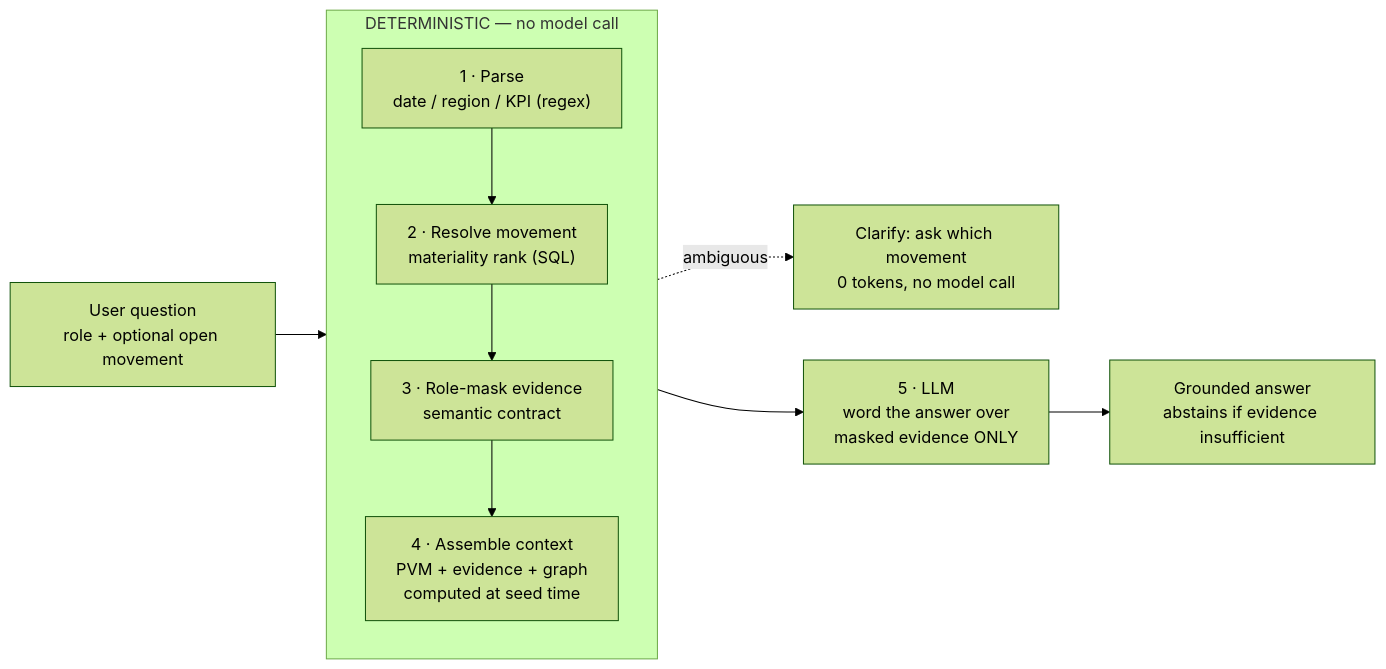
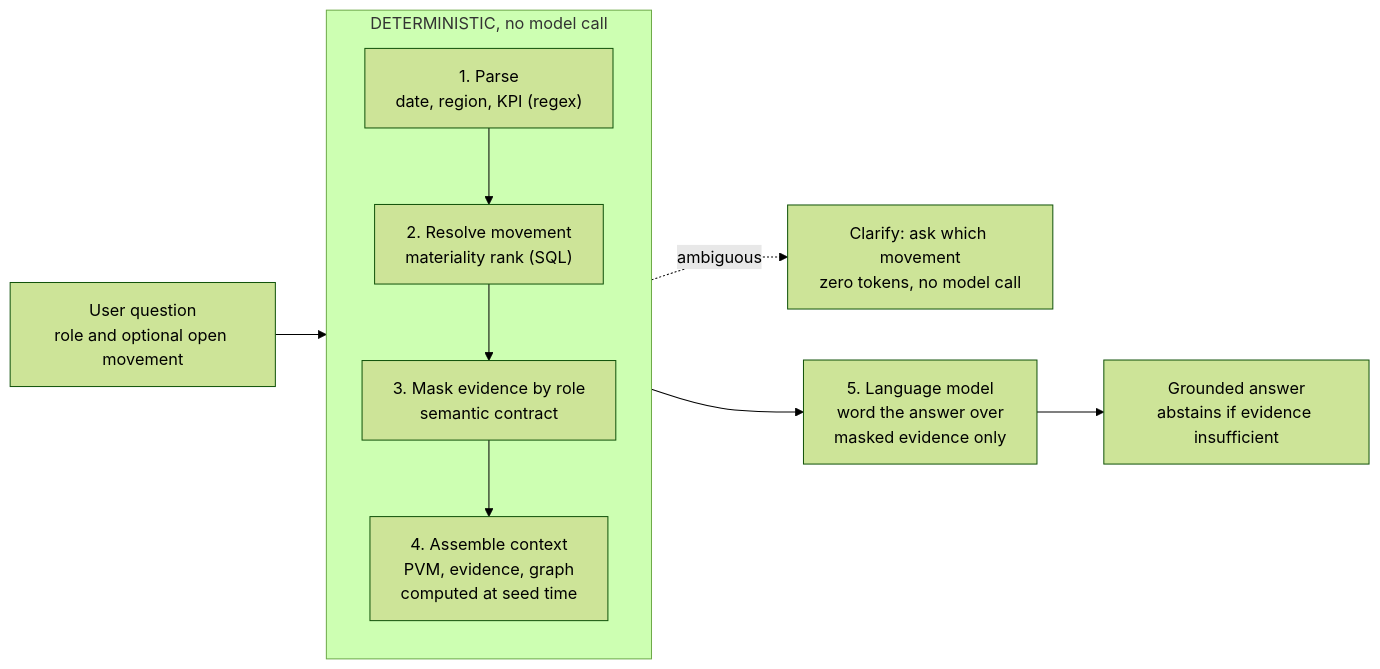
The first of 4 diagrams in README.md (kailash-git/Accenture_AI_Hackathon), drawn with Mermaid (forest theme) before and after one commit. The commit also changed other lines of this file, not shown here.

````diff
--- a/README.md
+++ b/README.md
@@ -187,13 +201,13 @@
 ```mermaid
 flowchart LR
-    Q["User question<br/>role + optional open movement"] --> P1
-    subgraph DET["DETERMINISTIC — no model call"]
+    Q["User question<br/>role and optional open movement"] --> P1
+    subgraph DET["DETERMINISTIC, no model call"]
       direction TB
-      P1["1 · Parse<br/>date / region / KPI (regex)"] --> P2["2 · Resolve movement<br/>materiality rank (SQL)"]
-      P2 --> P3["3 · Role-mask evidence<br/>semantic contract"]
-      P3 --> P4["4 · Assemble context<br/>PVM + evidence + graph<br/>computed at seed time"]
+      P1["1. Parse<br/>date, region, KPI (regex)"] --> P2["2. Resolve movement<br/>materiality rank (SQL)"]
+      P2 --> P3["3. Mask evidence by role<br/>semantic contract"]
+      P3 --> P4["4. Assemble context<br/>PVM, evidence, graph<br/>computed at seed time"]
     end
-    P2 -. "ambiguous" .-> CL["Clarify: ask which movement<br/>0 tokens, no model call"]
-    P4 --> LLM["5 · LLM<br/>word the answer over<br/>masked evidence ONLY"]
+    P2 -. "ambiguous" .-> CL["Clarify: ask which movement<br/>zero tokens, no model call"]
+    P4 --> LLM["5. Language model<br/>word the answer over<br/>masked evidence only"]
     LLM --> A["Grounded answer<br/>abstains if evidence insufficient"]
 ```
````
